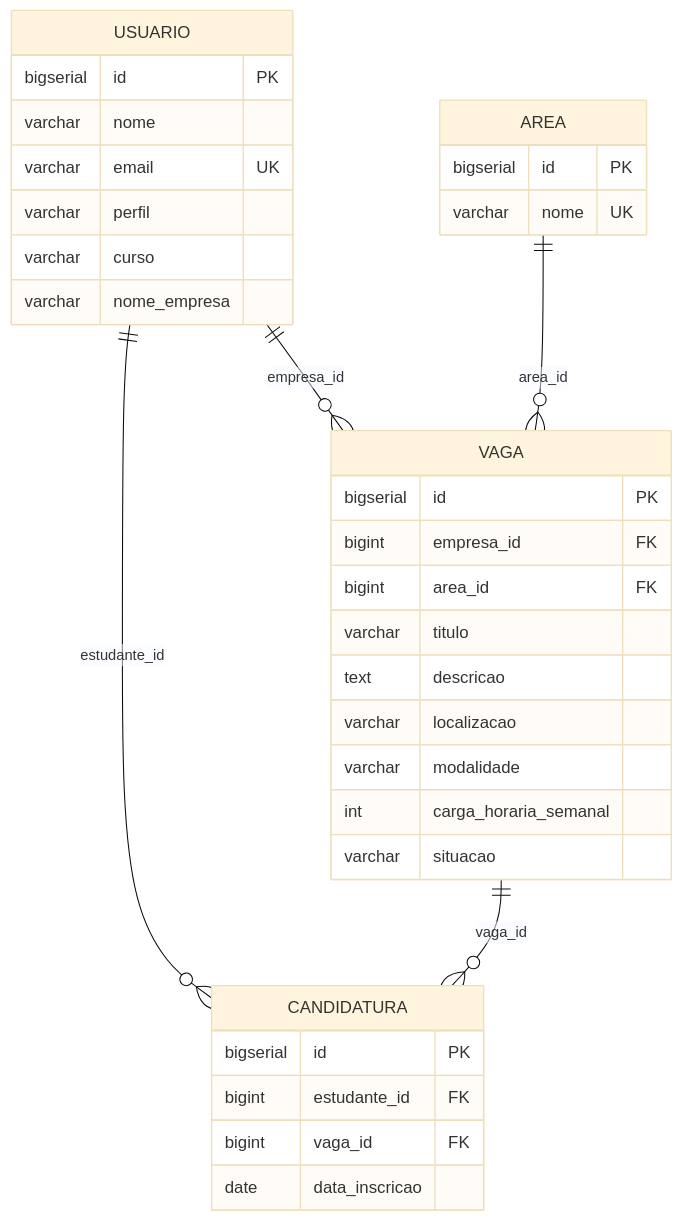
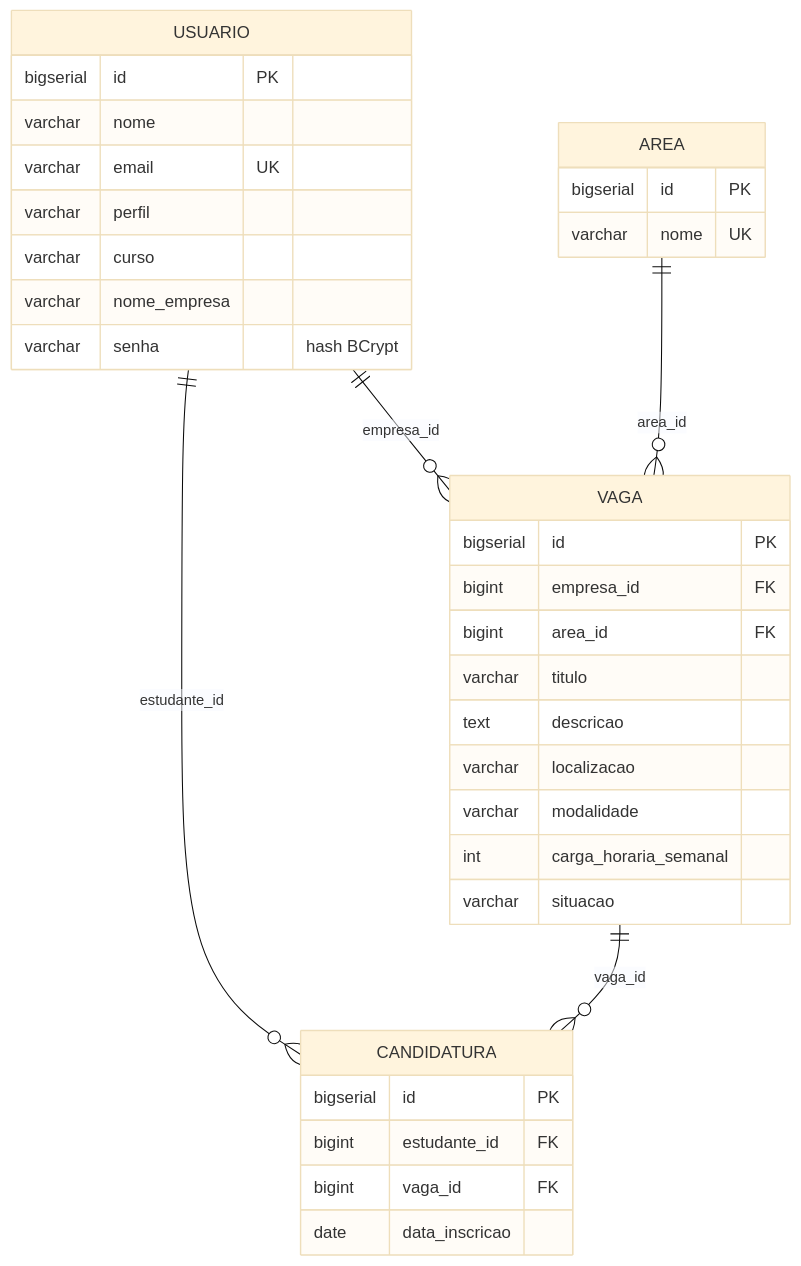
The diagram in portal_estagio/docs/esquema-tabelas.md (LehSantiago/Projeto-portal-estagios), drawn with Mermaid (base theme) before and after one commit. The commit also changed other lines of this file and 7 other files, not shown here.

````diff
--- a/portal_estagio/docs/esquema-tabelas.md
+++ b/portal_estagio/docs/esquema-tabelas.md
@@ -5,37 +5,38 @@
 ```mermaid
 erDiagram
     USUARIO ||--o{ VAGA : "empresa_id"
     AREA ||--o{ VAGA : "area_id"
     USUARIO ||--o{ CANDIDATURA : "estudante_id"
     VAGA ||--o{ CANDIDATURA : "vaga_id"
 
     USUARIO {
         bigserial id PK
         varchar nome
         varchar email UK
         varchar perfil
         varchar curso
         varchar nome_empresa
+        varchar senha "hash BCrypt"
     }
     AREA {
         bigserial id PK
         varchar nome UK
     }
     VAGA {
         bigserial id PK
         bigint empresa_id FK
         bigint area_id FK
         varchar titulo
         text descricao
         varchar localizacao
         varchar modalidade
         int carga_horaria_semanal
         varchar situacao
     }
     CANDIDATURA {
         bigserial id PK
         bigint estudante_id FK
         bigint vaga_id FK
         date data_inscricao
     }
 ```
````
